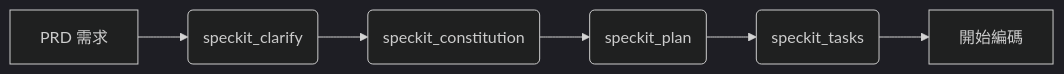
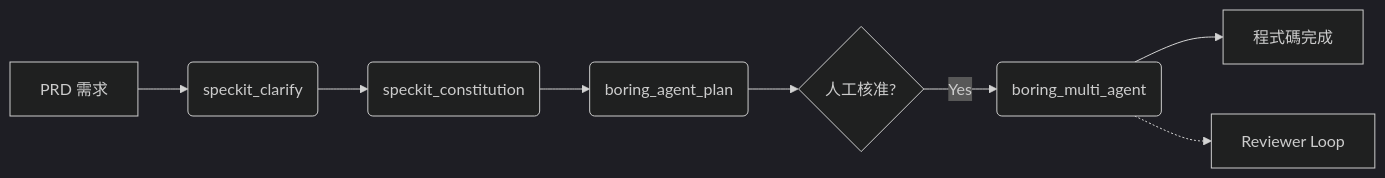
Before and after one commit to Boring206/boring-gemini: the first of 2 diagrams in README.md, drawn with Mermaid (dark theme). The commit also changed other lines of this file and 23 other files, not shown here.

Commit message:
RAG Memory System (Vector + Graph)

````diff
--- a/README.md
+++ b/README.md
@@ -381,8 +412,10 @@
 ```mermaid
 graph LR
     A[PRD 需求] --> B(speckit_clarify)
     B --> C(speckit_constitution)
-    C --> D(speckit_plan)
-    D --> E(speckit_tasks)
-    E --> F[開始編碼]
+    C --> D(boring_agent_plan)
+    D --> E{人工核准?}
+    E -->|Yes| F(boring_multi_agent)
+    F --> G[程式碼完成]
+    F -.-> H[Reviewer Loop]
 ```
````
